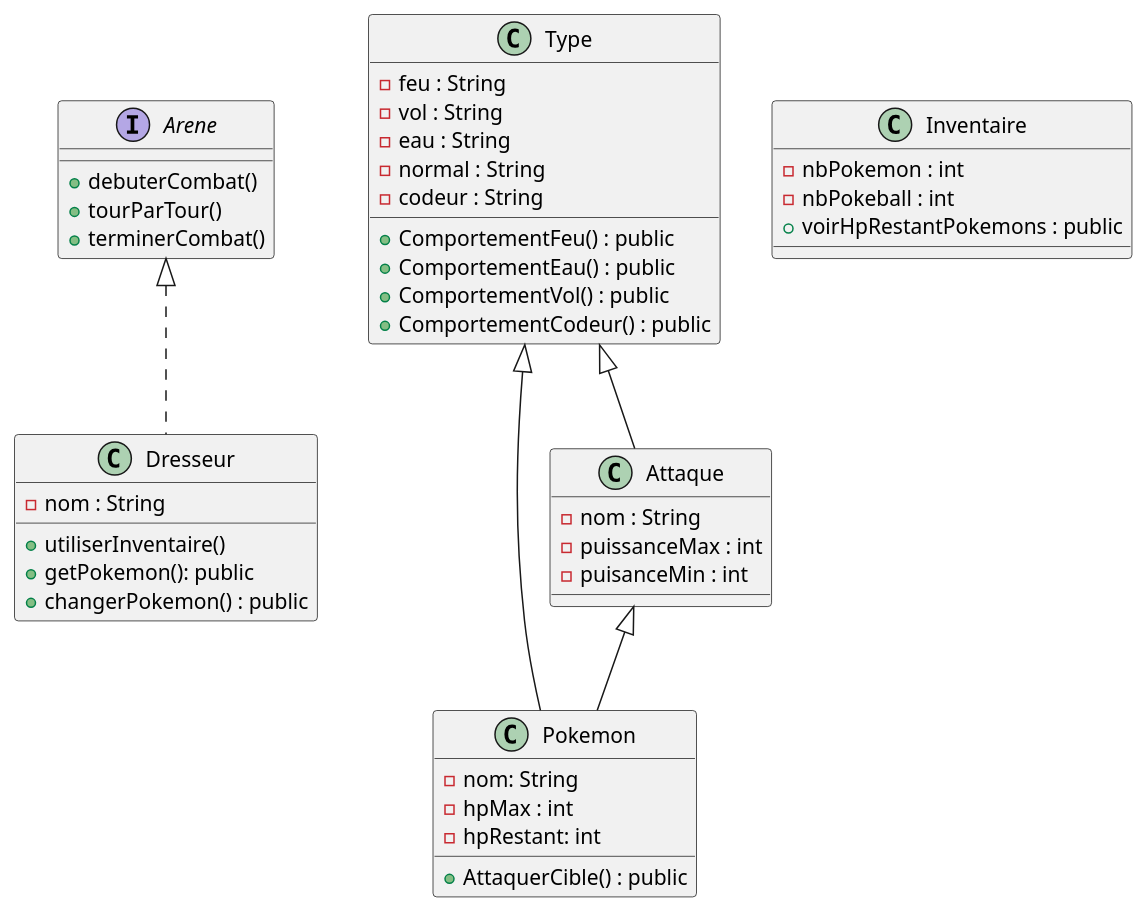
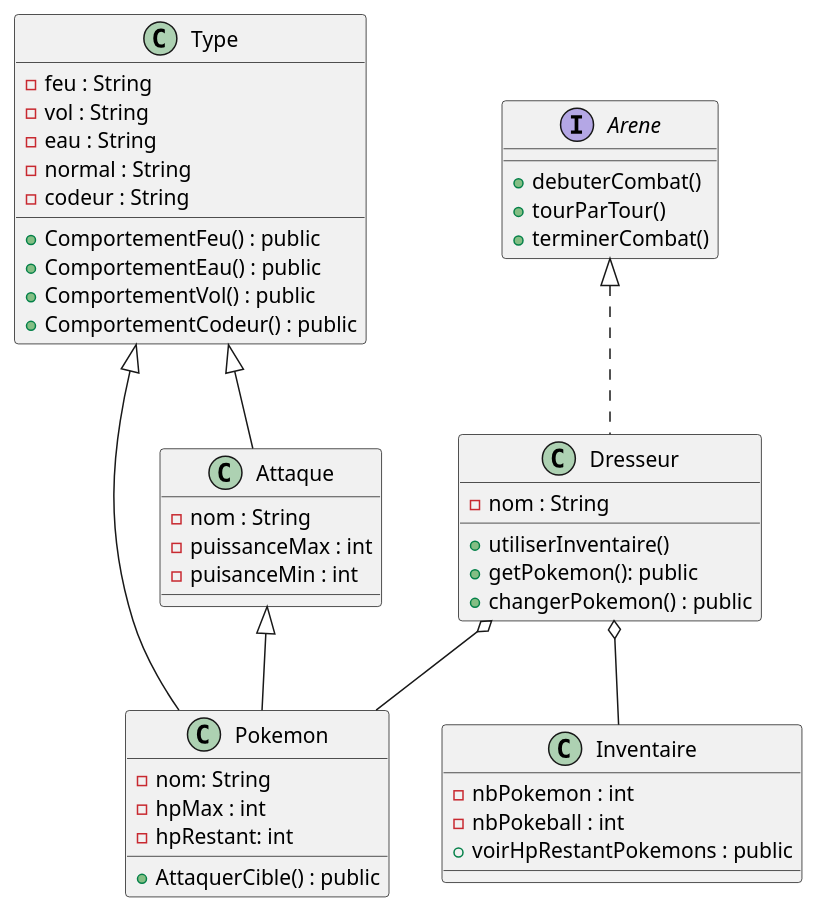
Before and after one commit to ELMcode/PokemonJava: the diagram in README.md, drawn with PlantUML. The commit also changed other lines of this file, not shown here.

````diff
--- a/README.md
+++ b/README.md
@@ -15,52 +21,55 @@
 ```plantuml
 @startuml
 
 Class Dresseur implements Arene{
 - nom : String
 + utiliserInventaire()
 + getPokemon(): public
 + changerPokemon() : public
 }
 
 Class Pokemon extends Type, Attaque {
 - nom: String
 - hpMax : int
 - hpRestant: int
 + AttaquerCible() : public
 }
 
 Class Type {
 - feu : String
 - vol : String
 - eau : String
 - normal : String
 - codeur : String
 + ComportementFeu() : public
 + ComportementEau() : public
 + ComportementVol() : public
 + ComportementCodeur() : public
 }
 
 Class Attaque extends Type {
 - nom : String
 - puissanceMax : int
 - puisanceMin : int
 
 }
 
 Interface Arene{
 + debuterCombat()
 + tourParTour()
 + terminerCombat() 
 }
 
 
 
 Class Inventaire {
 - nbPokemon : int
 - nbPokeball : int
 + voirHpRestantPokemons : public
 }
 
+Dresseur o-- Pokemon
+Dresseur o-- Inventaire
+
 @enduml
 ```
````
